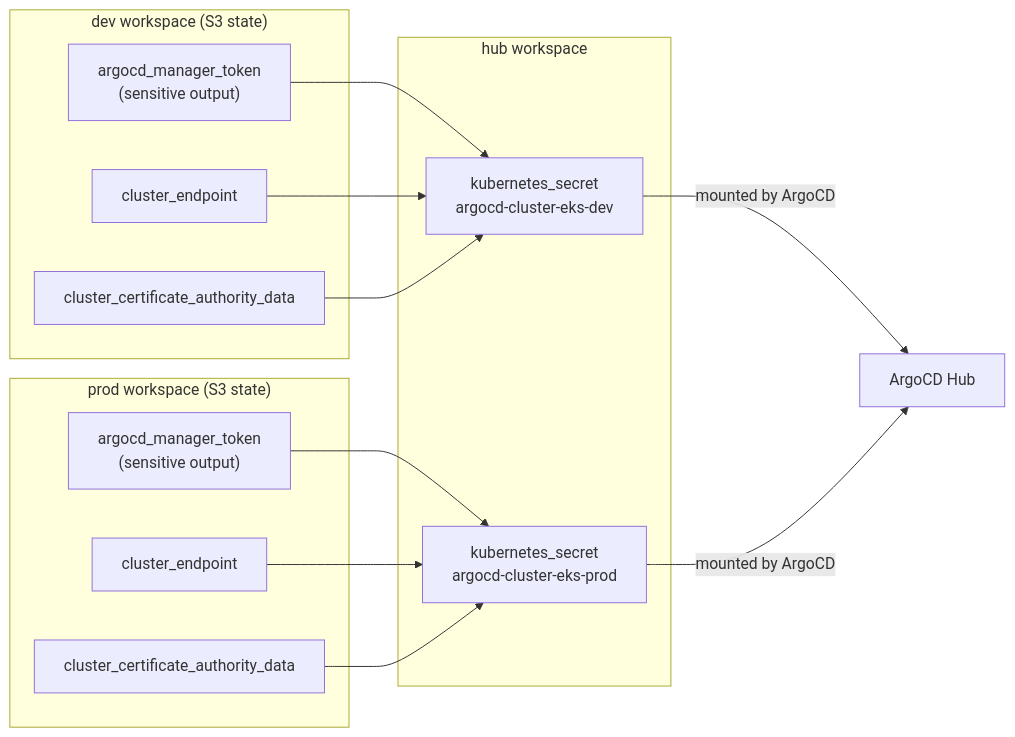
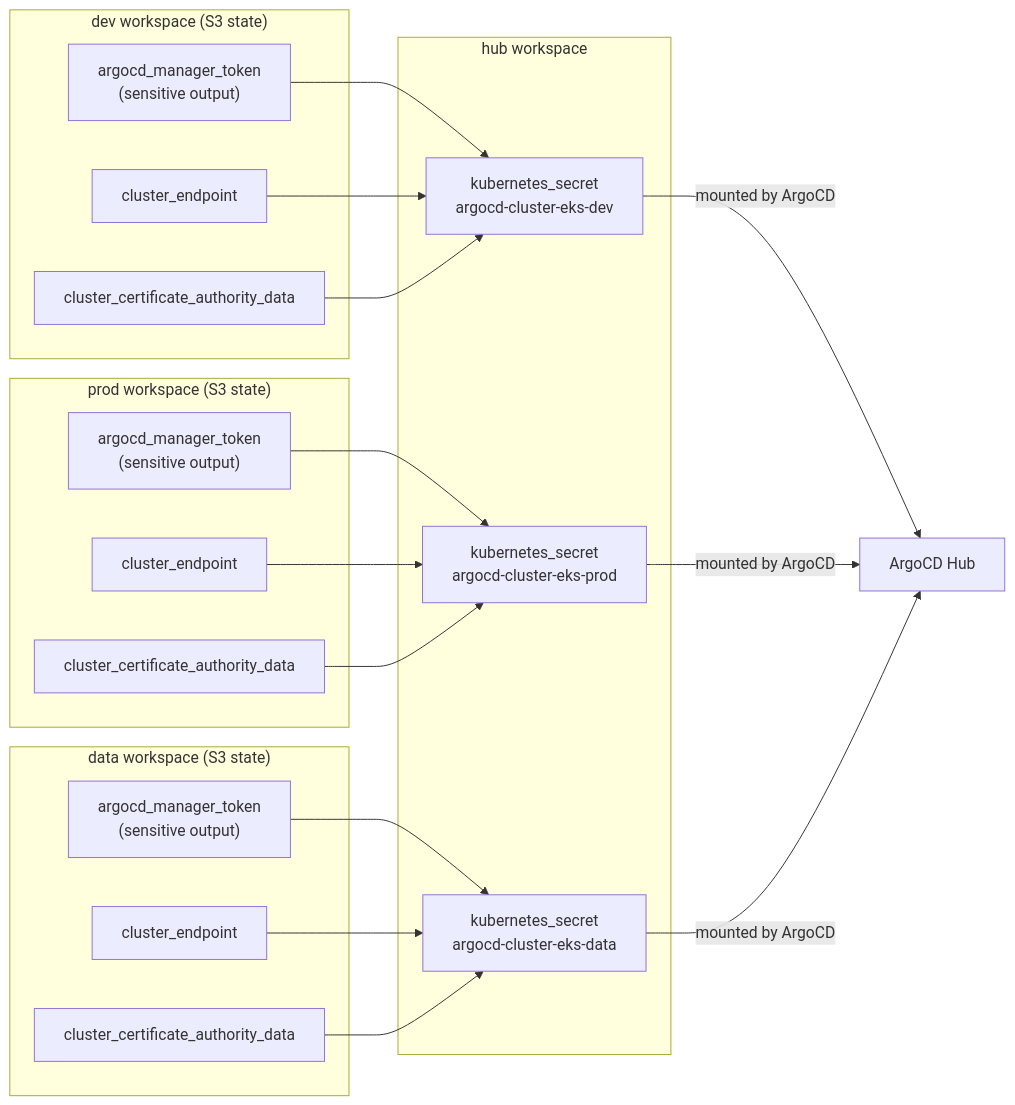
Before and after one commit to paragch/eks-hub-spoke: the seventh of 13 diagrams in docs/low-level-design.md, drawn with Mermaid. The commit also changed other lines of this file and 67 other files, not shown here.

````diff
--- a/docs/low-level-design.md
+++ b/docs/low-level-design.md
@@ -257,29 +326,40 @@
 ```mermaid
 graph LR
   subgraph dev_ws["dev workspace (S3 state)"]
     TOK_DEV["argocd_manager_token<br/>(sensitive output)"]
     EP_DEV["cluster_endpoint"]
     CA_DEV["cluster_certificate_authority_data"]
   end
 
   subgraph prod_ws["prod workspace (S3 state)"]
     TOK_PROD["argocd_manager_token<br/>(sensitive output)"]
     EP_PROD["cluster_endpoint"]
     CA_PROD["cluster_certificate_authority_data"]
   end
 
+  subgraph data_ws["data workspace (S3 state)"]
+    TOK_DATA["argocd_manager_token<br/>(sensitive output)"]
+    EP_DATA["cluster_endpoint"]
+    CA_DATA["cluster_certificate_authority_data"]
+  end
+
   subgraph hub_ws["hub workspace"]
     SEC_DEV["kubernetes_secret<br/>argocd-cluster-eks-dev"]
     SEC_PROD["kubernetes_secret<br/>argocd-cluster-eks-prod"]
+    SEC_DATA["kubernetes_secret<br/>argocd-cluster-eks-data"]
   end
 
   TOK_DEV  --> SEC_DEV
   EP_DEV   --> SEC_DEV
   CA_DEV   --> SEC_DEV
   TOK_PROD --> SEC_PROD
   EP_PROD  --> SEC_PROD
   CA_PROD  --> SEC_PROD
+  TOK_DATA --> SEC_DATA
+  EP_DATA  --> SEC_DATA
+  CA_DATA  --> SEC_DATA
 
   SEC_DEV  -->|mounted by ArgoCD| ARGOCD["ArgoCD Hub"]
   SEC_PROD -->|mounted by ArgoCD| ARGOCD
+  SEC_DATA -->|mounted by ArgoCD| ARGOCD
 ```
````
